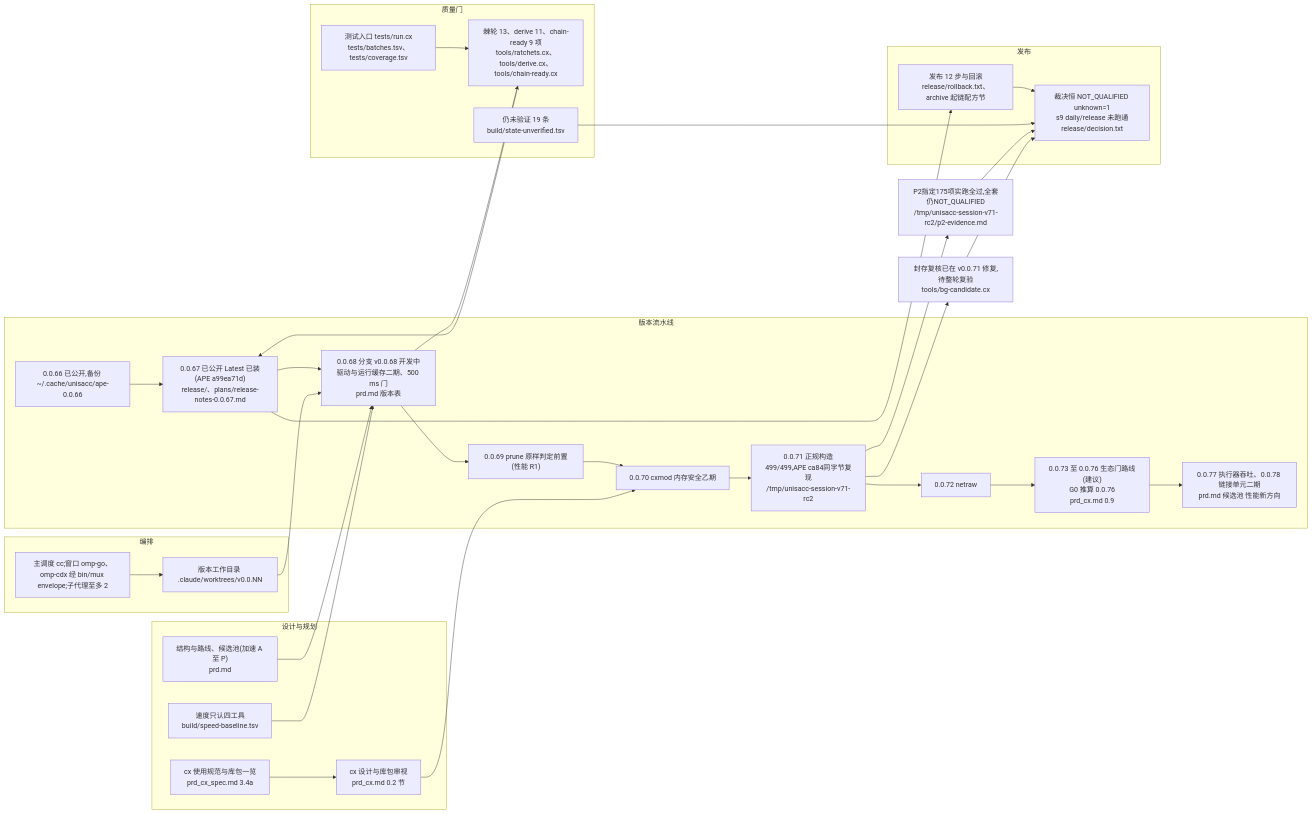
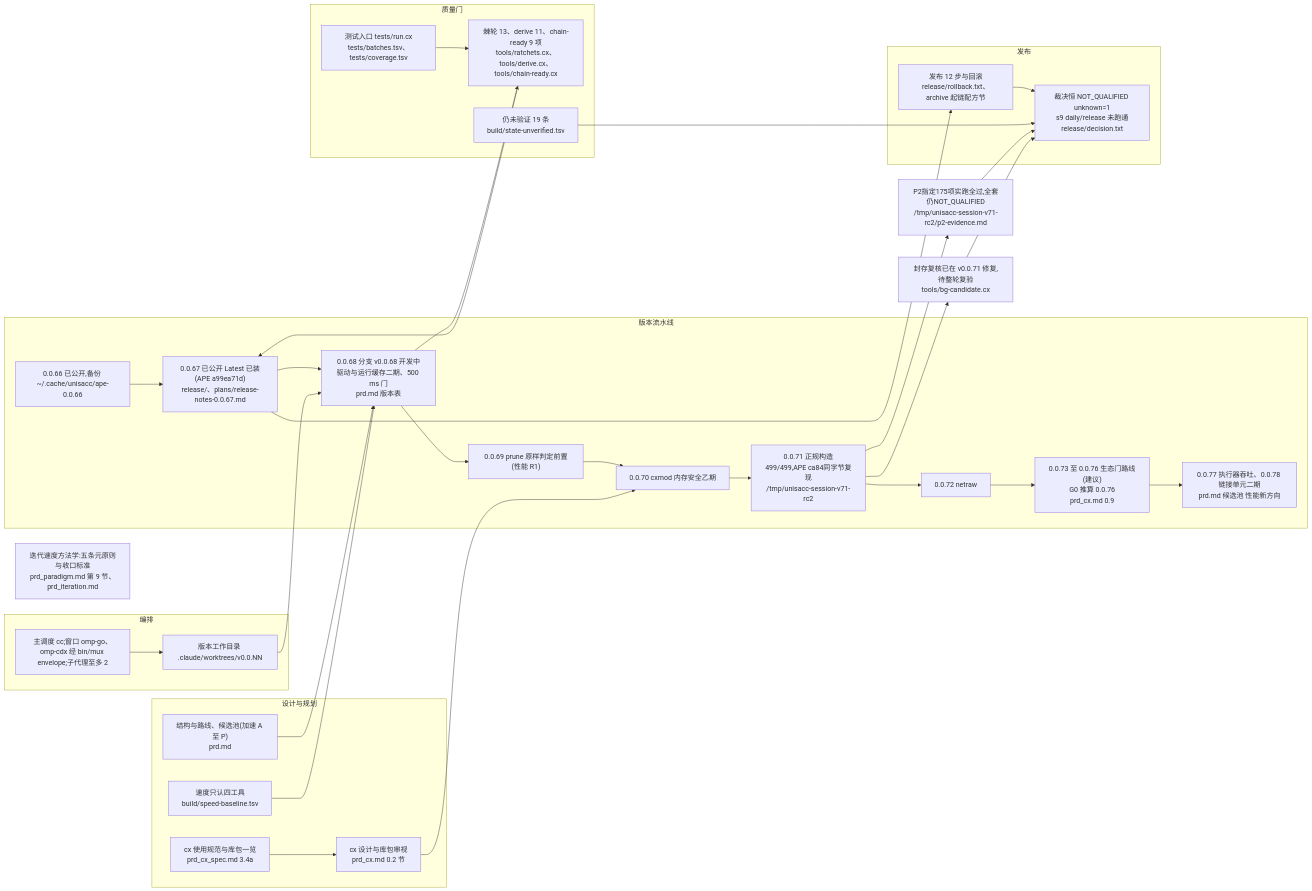
One commit to partnernetsoftware/unisacc changed the diagram in prd_mempalace.md. Above: the diagram before and after it, drawn with Mermaid. The commit also changed 4 other files, not shown here.

Commit message:
迭代速度方法学入仓:新建 prd_iteration.md(度量基线、五条元原则 M1 到 M5、七条手段含原则判据反例证据入口状态下一步、并发协同、造梦、清理、devsvc 角色评分(估计)、收口标准与教训、尚未做到的事),prd_paradigm.md 追加第 9 节与短引,prd.md 索引与记忆宫殿地图同步,build/doc-links.tsv 重算;没有入仓证据的数字在文中标为当日归纳

````diff
--- a/prd_mempalace.md
+++ b/prd_mempalace.md
@@ -15,48 +15,49 @@
 ```mermaid
 flowchart LR
   subgraph 版本流水线
     V66["0.0.66 已公开,备份 ~/.cache/unisacc/ape-0.0.66"]
     V67["0.0.67 已公开 Latest 已装(APE a99ea71d)<br/>release/、plans/release-notes-0.0.67.md"]
     V68["0.0.68 分支 v0.0.68 开发中<br/>驱动与运行缓存二期、500 ms 门<br/>prd.md 版本表"]
     V69["0.0.69 prune 原样判定前置(性能 R1)"]
     V70["0.0.70 cxmod 内存安全乙期"]
     V71["0.0.71 正规构造499/499,APE ca84同字节复现<br/>/tmp/unisacc-session-v71-rc2"]
     V72["0.0.72 netraw"]
     ECO["0.0.73 至 0.0.76 生态门路线(建议)<br/>G0 推算 0.0.76<br/>prd_cx.md 0.9"]
     PERF["0.0.77 执行器吞吐、0.0.78 链接单元二期<br/>prd.md 候选池 性能新方向"]
     V66 --> V67 --> V68 --> V69 --> V70 --> V71 --> V72 --> ECO --> PERF
   end
   subgraph 发布
     REL["发布 12 步与回滚<br/>release/rollback.txt、archive 起链配方节"]
     Q["裁决恒 NOT_QUALIFIED unknown=1<br/>s9 daily/release 未跑通<br/>release/decision.txt"]
   end
   subgraph 质量门
     GATE["棘轮 13、derive 11、chain-ready 9 项<br/>tools/ratchets.cx、tools/derive.cx、tools/chain-ready.cx"]
     TEST["测试入口 tests/run.cx<br/>tests/batches.tsv、tests/coverage.tsv"]
     UV["仍未验证 19 条<br/>build/state-unverified.tsv"]
   end
   subgraph 设计与规划
     PRD["结构与路线、候选池(加速 A 至 P)<br/>prd.md"]
     CX["cx 设计与库包审视<br/>prd_cx.md 0.2 节"]
     SPEC["cx 使用规范与库包一览<br/>prd_cx_spec.md 3.4a"]
     SPEED["速度只认四工具<br/>build/speed-baseline.tsv"]
   end
   subgraph 编排
     ORCH["主调度 cc;窗口 omp-go、omp-cdx 经 bin/mux envelope;子代理至多 2"]
     WT["版本工作目录 .claude/worktrees/v0.0.NN"]
   end
   V67 --> REL --> Q
   V68 --> GATE
   GATE --> V67
   TEST --> GATE
   UV --> Q
   PRD --> V68
   CX --> V70
   SPEC --> CX
   SPEED --> V68
   ORCH --> WT --> V68
   T71["P2指定175项实跑全过,全套仍NOT_QUALIFIED<br/>/tmp/unisacc-session-v71-rc2/p2-evidence.md"]
   S71["封存复核已在 v0.0.71 修复,待整轮复验<br/>tools/bg-candidate.cx"]
   V71 --> T71 --> Q
   V71 --> S71 --> Q
+    ITER["迭代速度方法学:五条元原则与收口标准<br/>prd_paradigm.md 第 9 节、prd_iteration.md"]
 ```
````
